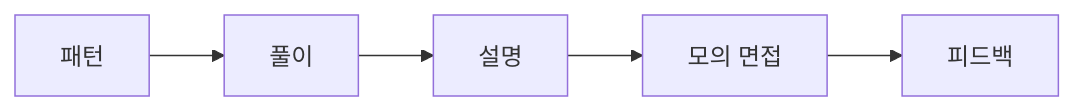
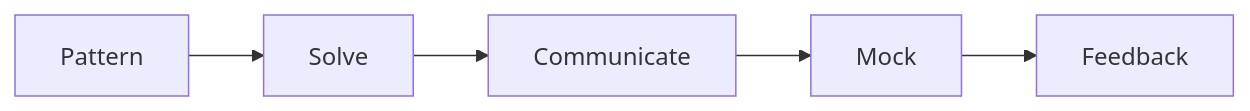
Before and after one commit to yeongseon-books/book-content: the diagram in content/developer-career-101/ko/05-coding-interview.md, drawn with Mermaid. The commit also changed other lines of this file and 9 other files, not shown here.

````diff
--- a/content/developer-career-101/ko/05-coding-interview.md
+++ b/content/developer-career-101/ko/05-coding-interview.md
@@ -46,7 +52,7 @@
 ```mermaid
 flowchart LR
-    P[패턴] --> S[풀이]
-    S --> C[설명]
-    C --> M[모의 면접]
-    M --> F[피드백]
+    P[Pattern] --> S[Solve]
+    S --> C[Communicate]
+    C --> M[Mock]
+    M --> F[Feedback]
 ```
````
